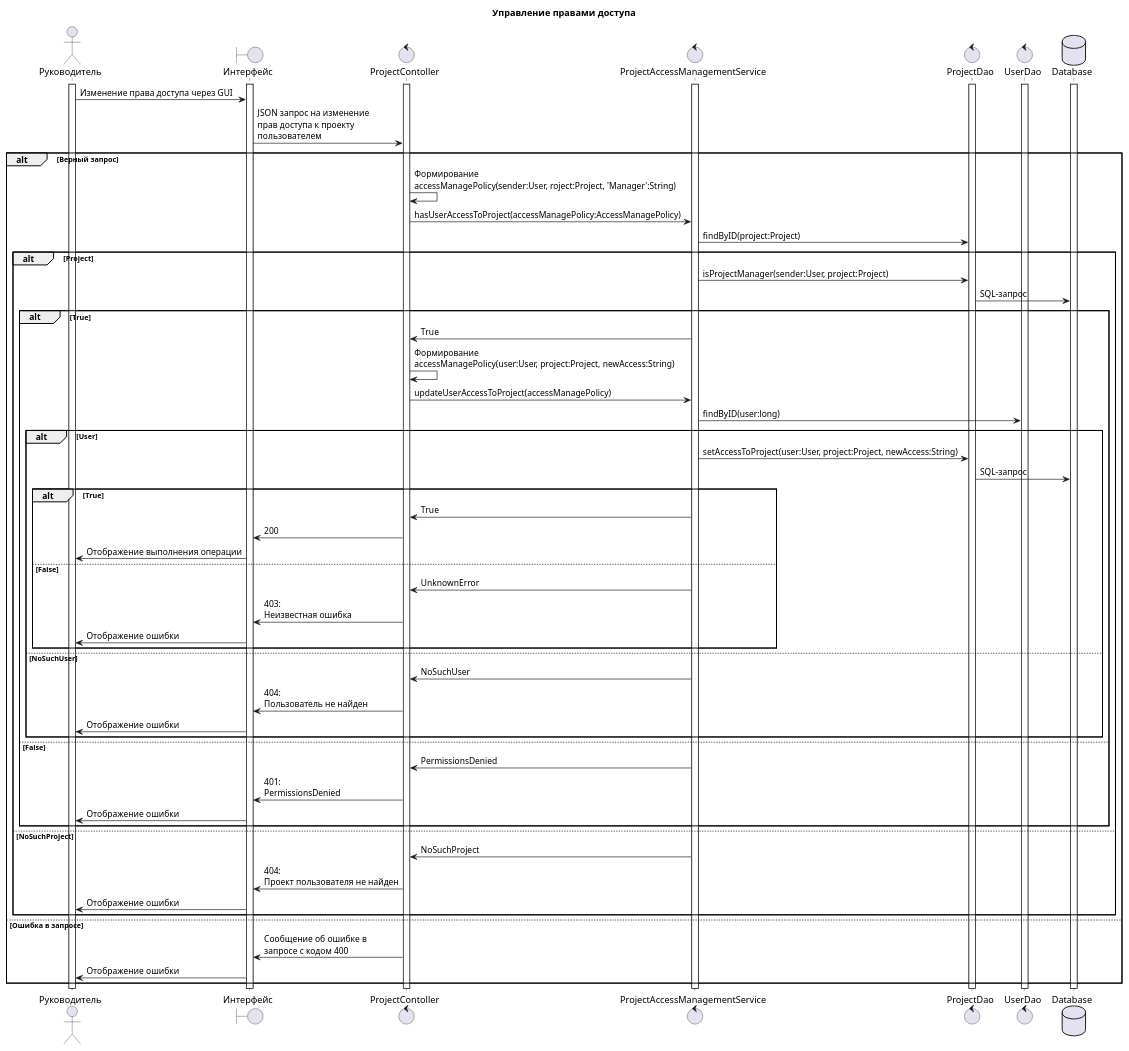
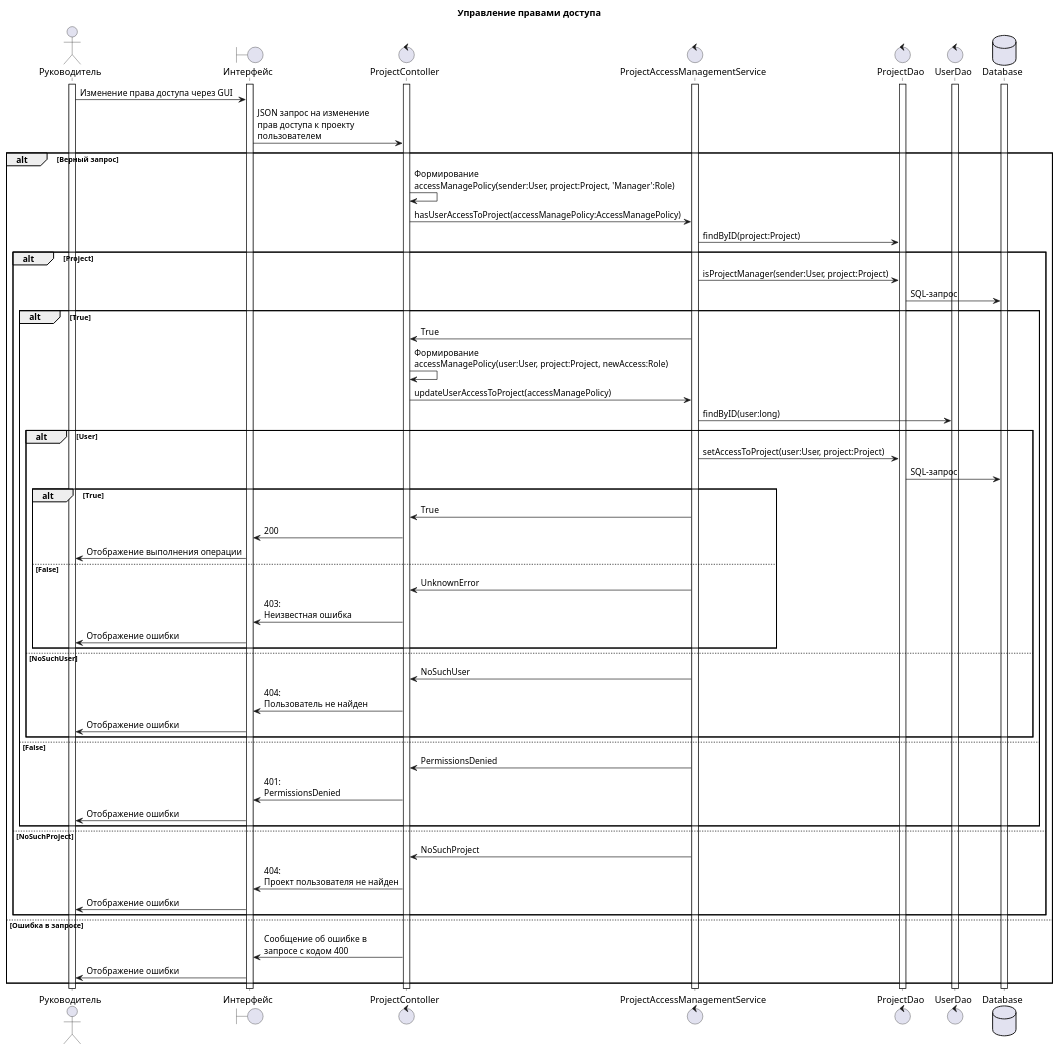
One commit to penamarth/bsbo-02-21_team_var7_erp changed the diagram in UML diagrams/Sequence diagrams/manage-access-rights.wsd. Above: the diagram before and after it, drawn with PlantUML. The commit also changed 2 other files, not shown here.

Commit message:
Created reports diagram

```diff
--- a/UML diagrams/Sequence diagrams/manage-access-rights.wsd
+++ b/UML diagrams/Sequence diagrams/manage-access-rights.wsd
@@ -1,71 +1,71 @@
 @startuml sequence
 title Управление правами доступа
 
 actor Руководитель as user
 boundary "Интерфейс" as site
 control ProjectContoller as pcont
 control ProjectAccessManagementService as amserv
 control ProjectDao as pdao 
 control UserDao as udao
 database Database as db
 
 activate user
 activate site
 activate db
 activate pcont
 activate amserv
 activate pdao
 activate udao
 
 user -> site : Изменение права доступа через GUI
 site -> pcont : JSON запрос на изменение\nправ доступа к проекту\nпользователем
 
 
 alt Верный запрос
-    pcont -> pcont : Формирование\naccessManagePolicy(sender:User, roject:Project, 'Manager':String)
+    pcont -> pcont : Формирование\naccessManagePolicy(sender:User, project:Project, 'Manager':Role)
     pcont -> amserv : hasUserAccessToProject(accessManagePolicy:AccessManagePolicy)
     amserv -> pdao : findByID(project:Project)
     alt Project
         amserv -> pdao : isProjectManager(sender:User, project:Project)
         pdao -> db : SQL-запрос
         alt True
             pcont <- amserv : True
-            pcont -> pcont : Формирование\naccessManagePolicy(user:User, project:Project, newAccess:String)
+            pcont -> pcont : Формирование\naccessManagePolicy(user:User, project:Project, newAccess:Role)
             pcont -> amserv: updateUserAccessToProject(accessManagePolicy)
             amserv -> udao : findByID(user:long)
             alt User
-                amserv -> pdao : setAccessToProject(user:User, project:Project, newAccess:String)
+                amserv -> pdao : setAccessToProject(user:User, project:Project)
                 pdao -> db : SQL-запрос
                 alt True
                     pcont <- amserv : True
                     site <- pcont : 200
                     user <- site : Отображение выполнения операции
                 else False
                     pcont <- amserv : UnknownError 
                     site <- pcont : 403:\nНеизвестная ошибка
                     user <- site : Отображение ошибки
                 end
             else NoSuchUser
                 pcont <- amserv : NoSuchUser
                 site <- pcont : 404:\nПользователь не найден
                 user <- site : Отображение ошибки
             end
         
         else False
             pcont <- amserv : PermissionsDenied
             site <- pcont : 401:\nPermissionsDenied
             user <- site : Отображение ошибки
         end
     else NoSuchProject
         pcont <- amserv : NoSuchProject
         site <- pcont : 404:\nПроект пользователя не найден
         user <- site : Отображение ошибки
     end
     
 else Ошибка в запросе
     pcont -> site : Сообщение об ошибке в\nзапросе с кодом 400
     user <- site : Отображение ошибки
 end
 
 
 @enduml
```
